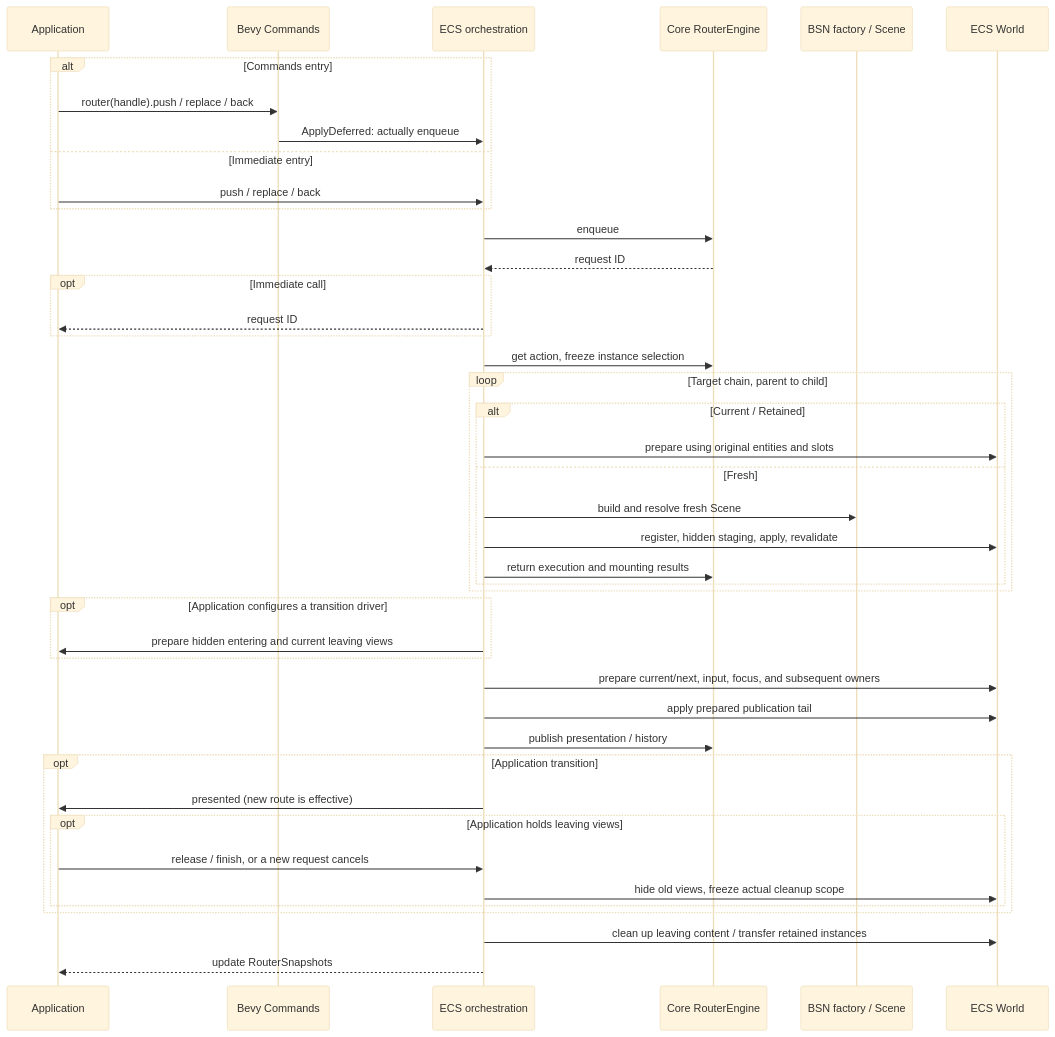
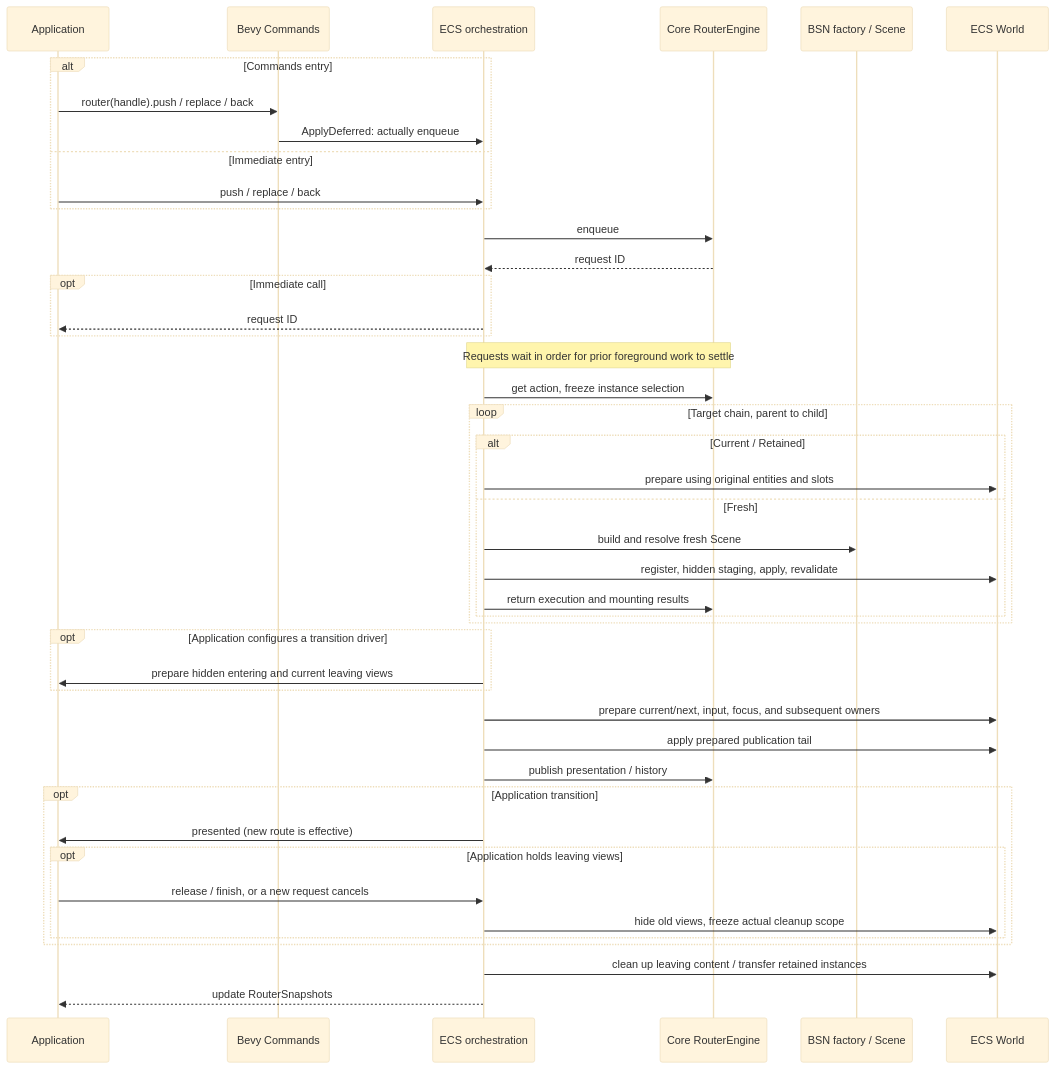
The second of 4 diagrams in docs/architecture/runtime.md (shengyusi-SYS/bevy_ui_router), drawn with Mermaid (base theme) before and after one commit. The commit also changed other lines of this file and 30 other files, not shown here.

````diff
--- a/docs/architecture/runtime.md
+++ b/docs/architecture/runtime.md
@@ -38,45 +38,46 @@
 ```mermaid
 sequenceDiagram
     participant App as Application
     participant Commands as Bevy Commands
     participant Nav as ECS orchestration
     participant Core as Core RouterEngine
     participant Scene as BSN factory / Scene
     participant World as ECS World
     alt Commands entry
         App->>Commands: router(handle).push / replace / back
         Commands->>Nav: ApplyDeferred: actually enqueue
     else Immediate entry
         App->>Nav: push / replace / back
     end
     Nav->>Core: enqueue
     Core-->>Nav: request ID
     opt Immediate call
         Nav-->>App: request ID
     end
+    Note over Nav,Core: Requests wait in order for prior foreground work to settle
     Nav->>Core: get action, freeze instance selection
     loop Target chain, parent to child
         alt Current / Retained
             Nav->>World: prepare using original entities and slots
         else Fresh
             Nav->>Scene: build and resolve fresh Scene
             Nav->>World: register, hidden staging, apply, revalidate
             Nav->>Core: return execution and mounting results
         end
     end
     opt Application configures a transition driver
         Nav->>App: prepare hidden entering and current leaving views
     end
     Nav->>World: prepare current/next, input, focus, and subsequent owners
     Nav->>World: apply prepared publication tail
     Nav->>Core: publish presentation / history
     opt Application transition
         Nav->>App: presented (new route is effective)
         opt Application holds leaving views
             App->>Nav: release / finish, or a new request cancels
             Nav->>World: hide old views, freeze actual cleanup scope
         end
     end
     Nav->>World: clean up leaving content / transfer retained instances
     Nav-->>App: update RouterSnapshots
 ```
````
